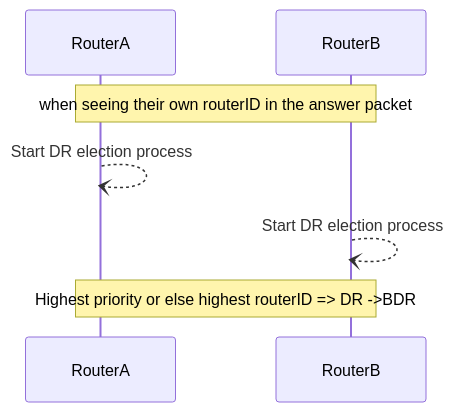
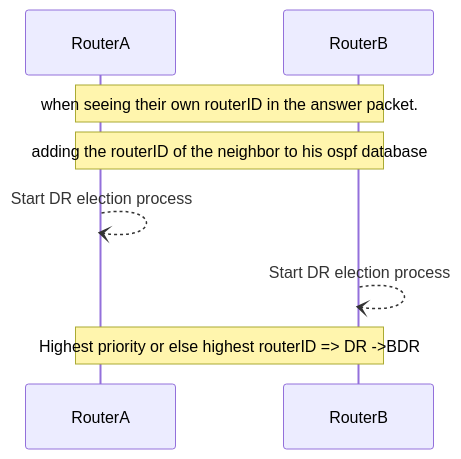
Before and after one commit to michaelthielemans/Second-Brain: the second of 5 diagrams in Networking/Enterprise networking/1. Routing OSPF -  open shortest path first.md, drawn with Mermaid. The commit also changed other lines of this file and 33 other files, not shown here.

````diff
--- a/Networking/Enterprise networking/1. Routing OSPF -  open shortest path first.md
+++ b/Networking/Enterprise networking/1. Routing OSPF -  open shortest path first.md
@@ -41,9 +47,10 @@
 ```mermaid
 sequenceDiagram
 participant RouterA
 participant RouterB
-Note over RouterA,RouterB: when seeing their own routerID in the answer packet
+Note over RouterA,RouterB: when seeing their own routerID in the answer packet.
+Note over RouterA,RouterB: adding the routerID of the neighbor to his ospf database
 RouterA--)RouterA:Start DR election process
 RouterB--)RouterB:Start DR election process
 Note over RouterA,RouterB: Highest priority or else highest routerID => DR ->BDR
 ```
````
